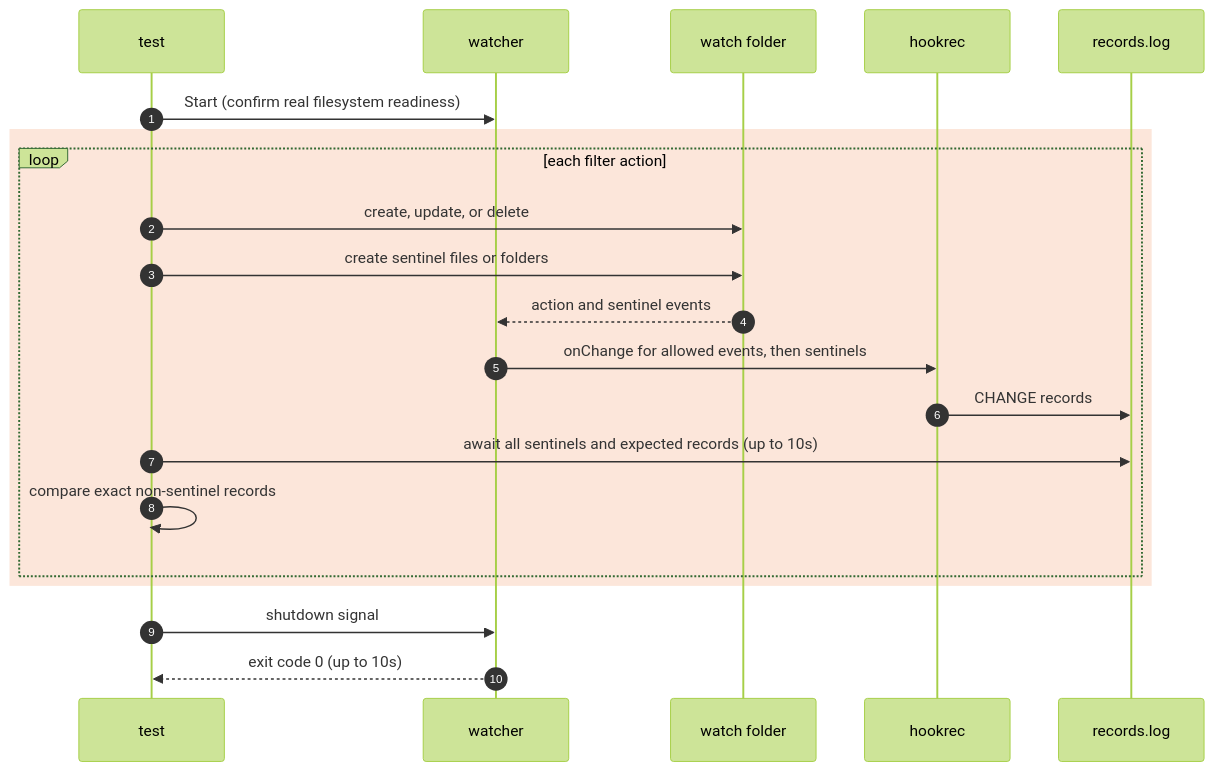
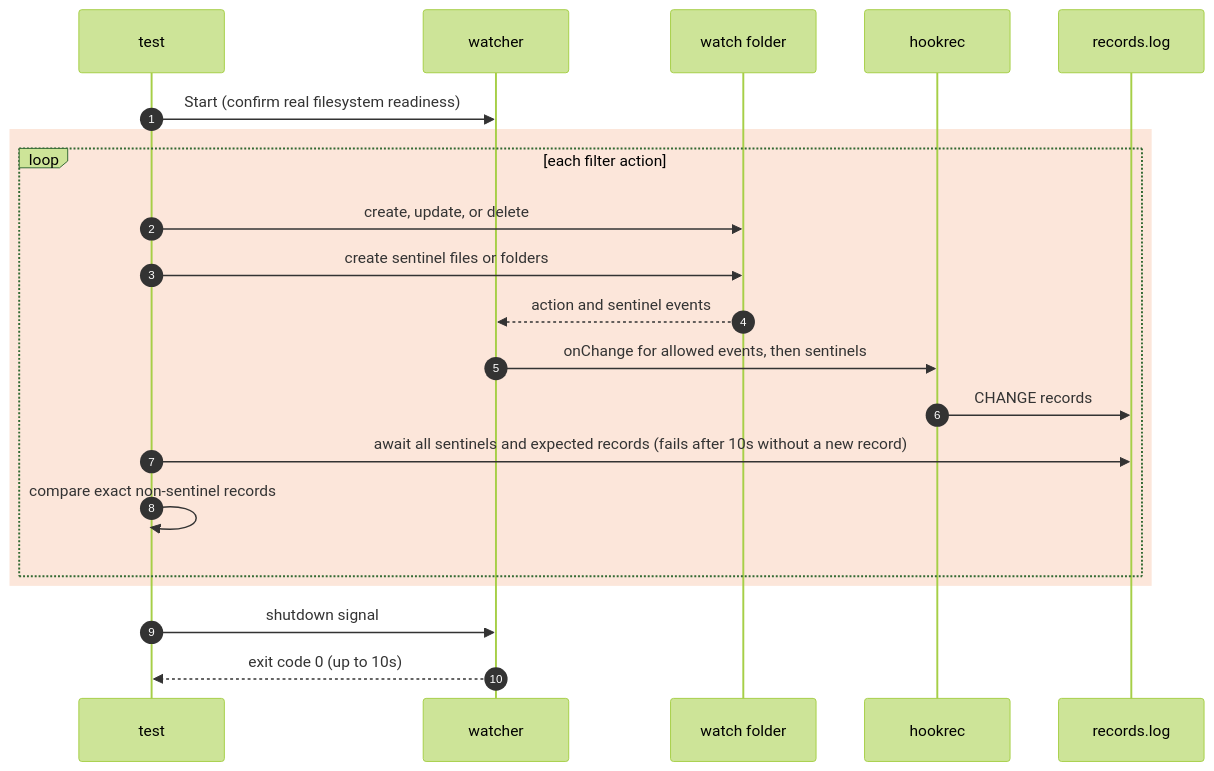
The diagram in e2e/docs/scenarios/watch-options.md (seungyeop-lee/directory-watcher), drawn with Mermaid (forest theme) before and after one commit. The commit also changed other lines of this file and 17 other files, not shown here.

````diff
--- a/e2e/docs/scenarios/watch-options.md
+++ b/e2e/docs/scenarios/watch-options.md
@@ -34,23 +34,23 @@
 ```mermaid
 sequenceDiagram
     autonumber
     participant testCode as test
     participant watcherProc as watcher
     participant watchDir as watch folder
     participant hookRec as hookrec
     participant recordFile as records.log
     testCode->>watcherProc: Start (confirm real filesystem readiness)
     rect rgba(234, 88, 12, 0.15)
         loop each filter action
             testCode->>watchDir: create, update, or delete
             testCode->>watchDir: create sentinel files or folders
             watchDir-->>watcherProc: action and sentinel events
             watcherProc->>hookRec: onChange for allowed events, then sentinels
             hookRec->>recordFile: CHANGE records
-            testCode->>recordFile: await all sentinels and expected records (up to 10s)
+            testCode->>recordFile: await all sentinels and expected records (fails after 10s without a new record)
             testCode->>testCode: compare exact non-sentinel records
         end
     end
     testCode->>watcherProc: shutdown signal
     watcherProc-->>testCode: exit code 0 (up to 10s)
 ```
````
